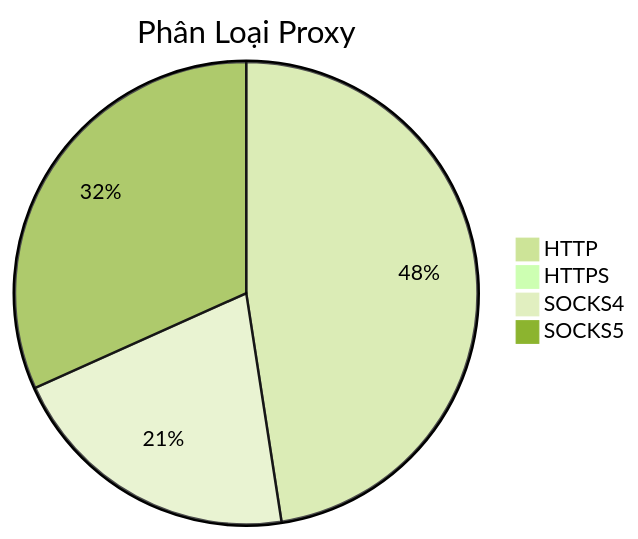
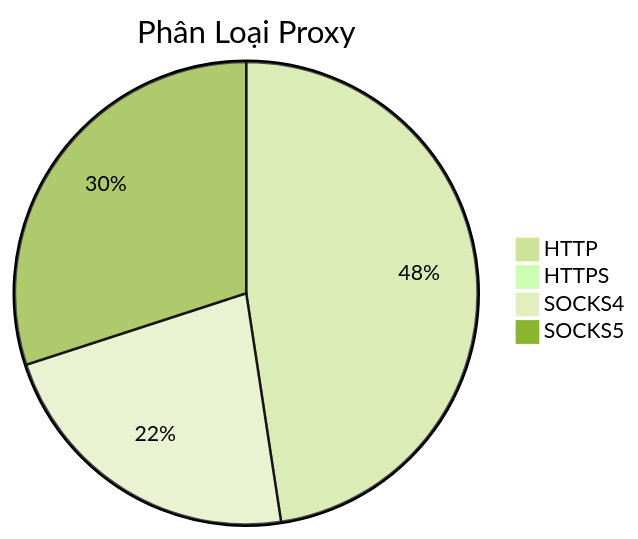
One commit to Ciara-12/PROXY-free changed the diagram in README.md. Above: the diagram before and after it, drawn with Mermaid (forest theme). The commit also changed other lines of this file and 3 other files, not shown here.

````diff
--- a/README.md
+++ b/README.md
@@ -26,7 +26,7 @@
 ```mermaid
 pie title Phân Loại Proxy
-    "HTTP" : 507
+    "HTTP" : 533
     "HTTPS" : 0
-    "SOCKS4" : 221
-    "SOCKS5" : 338
+    "SOCKS4" : 251
+    "SOCKS5" : 336
 ```
````
